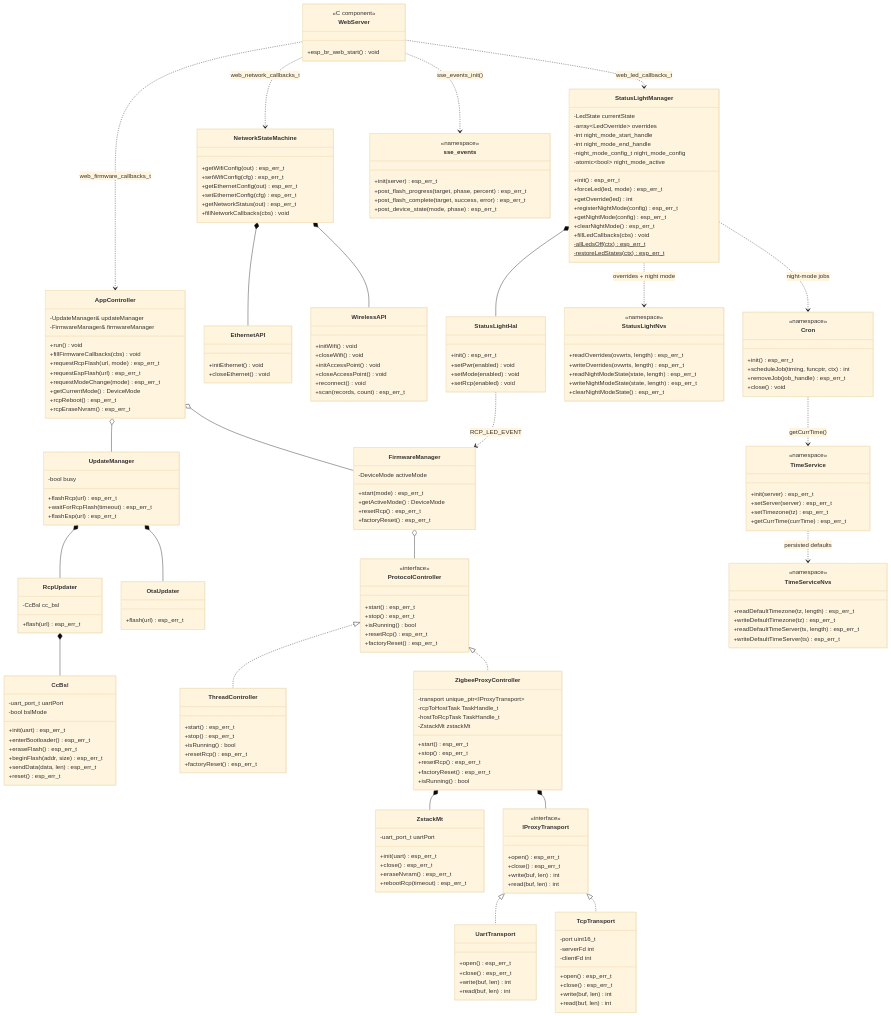
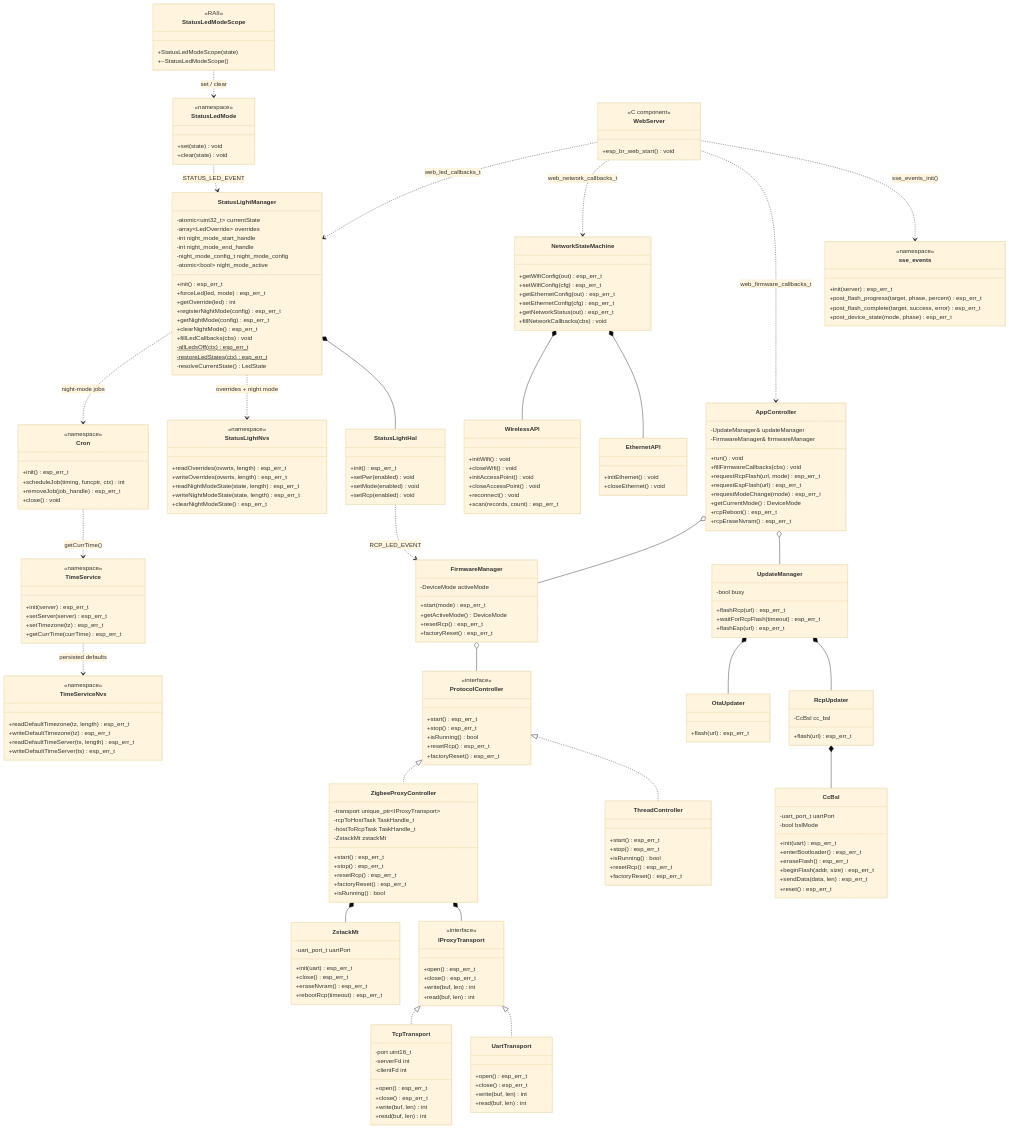
The third of 5 diagrams in README.md (codm/czc-unified), drawn with Mermaid (base theme) before and after one commit. The commit also changed other lines of this file and 10 other files, not shown here.

```diff
--- a/README.md
+++ b/README.md
@@ -721,7 +721,7 @@
     }
 
     class StatusLightManager {
-        -LedState currentState
+        -atomic~uint32_t~ currentState
         -array~LedOverride~ overrides
         -int night_mode_start_handle
         -int night_mode_end_handle
@@ -736,6 +736,17 @@
         +fillLedCallbacks(cbs) void
         -allLedsOff(ctx)$ esp_err_t
         -restoreLedStates(ctx)$ esp_err_t
+        -resolveCurrentState() LedState
+    }
+    class StatusLedMode {
+        <<namespace>>
+        +set(state) void
+        +clear(state) void
+    }
+    class StatusLedModeScope {
+        <<RAII>>
+        +StatusLedModeScope(state)
+        +~StatusLedModeScope()
     }
     class StatusLightHal {
         +init() esp_err_t
@@ -808,6 +819,8 @@
     StatusLightManager *-- StatusLightHal
     StatusLightManager ..> StatusLightNvs : overrides + night mode
     StatusLightManager ..> Cron : night-mode jobs
+    StatusLedModeScope ..> StatusLedMode : set / clear
+    StatusLedMode ..> StatusLightManager : STATUS_LED_EVENT
     StatusLightHal ..> FirmwareManager : RCP_LED_EVENT
 
     WebServer ..> sse_events : sse_events_init()
```
